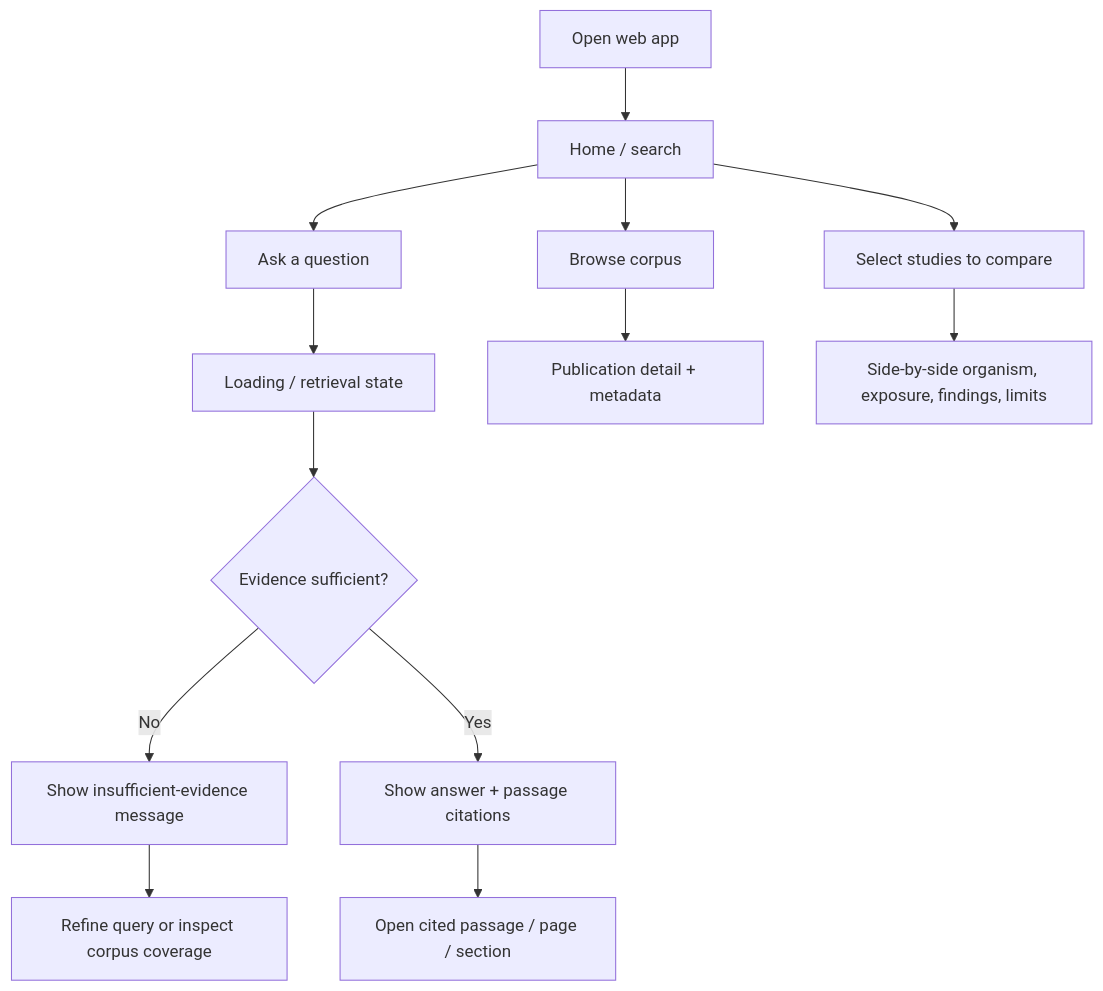
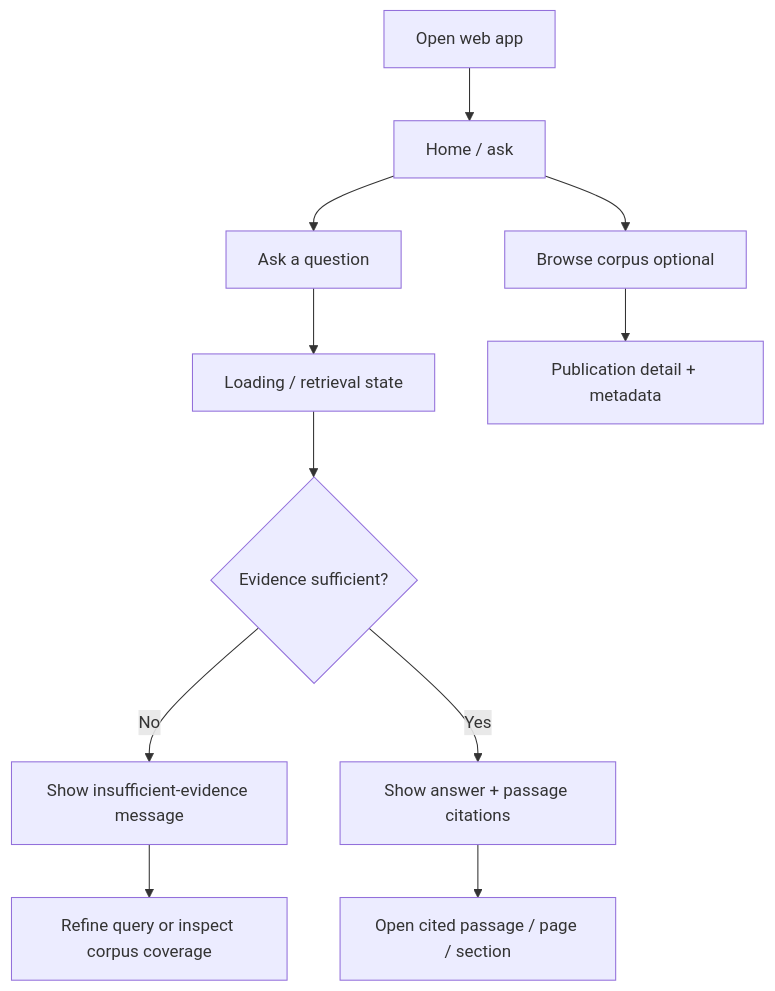
The sixth of 9 diagrams in design.md (bluefate/spacebio-evidence-engine), drawn with Mermaid before and after one commit. The commit also changed other lines of this file and 41 other files, not shown here.

````diff
--- a/design.md
+++ b/design.md
@@ -137,15 +140,13 @@
 ```mermaid
 flowchart TD
-  Start["Open web app"] --> Home["Home / search"]
+  Start["Open web app"] --> Home["Home / ask"]
   Home --> Ask["Ask a question"]
-  Home --> Browse["Browse corpus"]
-  Home --> Compare["Select studies to compare"]
+  Home --> Browse["Browse corpus optional"]
   Ask --> Wait["Loading / retrieval state"]
   Wait --> Suff{"Evidence sufficient?"}
   Suff -->|No| Insuff["Show insufficient-evidence message"]
   Suff -->|Yes| Answer["Show answer + passage citations"]
   Answer --> Inspect["Open cited passage / page / section"]
   Browse --> Pub["Publication detail + metadata"]
-  Compare --> Table["Side-by-side organism, exposure, findings, limits"]
   Insuff --> Refine["Refine query or inspect corpus coverage"]
 ```
````
